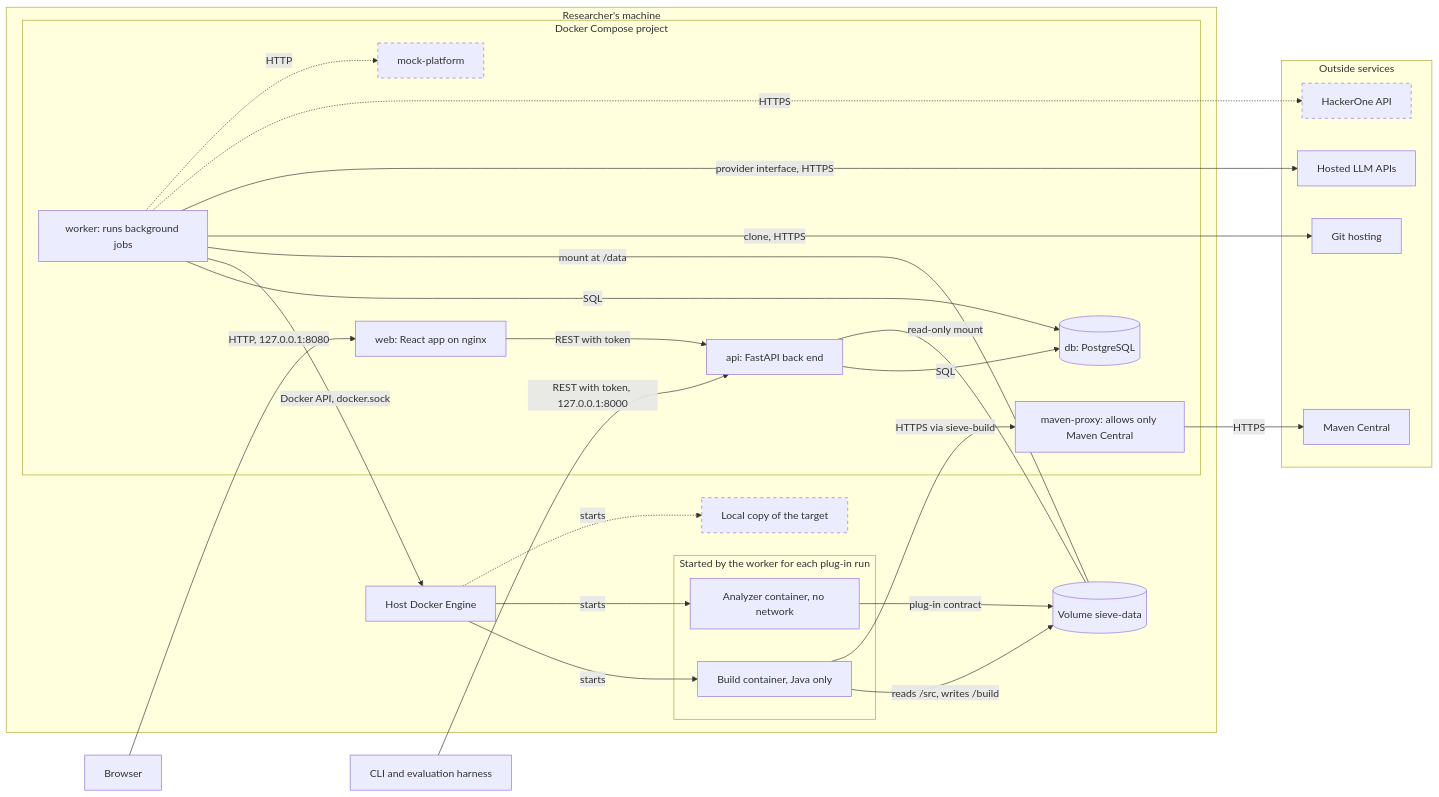
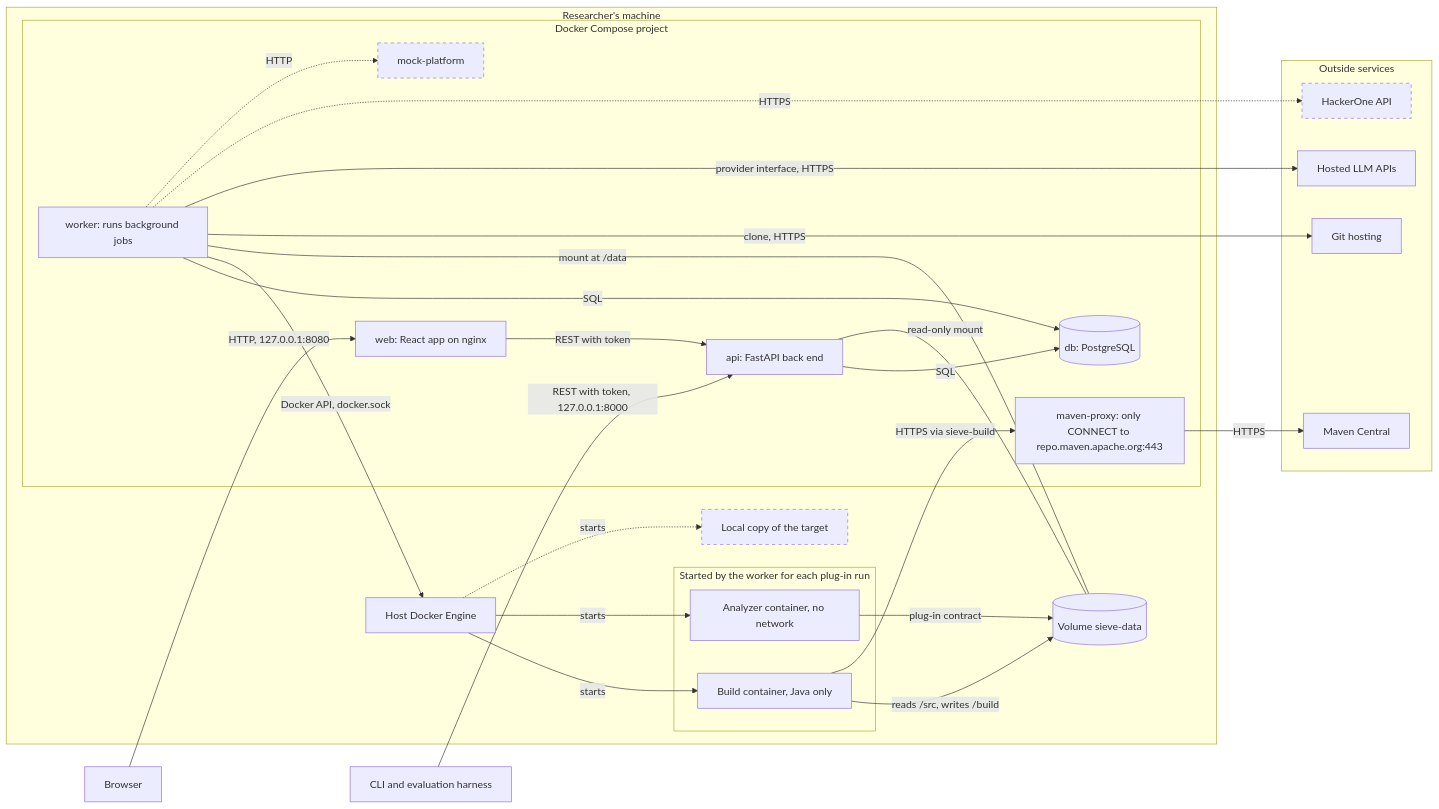
The second of 2 diagrams in docs/architecture.md (sieve-ku-comp491/sieve), drawn with Mermaid before and after one commit. The commit also changed other lines of this file and 3 other files, not shown here.

````diff
--- a/docs/architecture.md
+++ b/docs/architecture.md
@@ -77,53 +77,53 @@
 ```mermaid
 flowchart LR
   browser[Browser]
   cli[CLI and evaluation harness]
 
   subgraph host [Researcher's machine]
     subgraph compose [Docker Compose project]
       web["web: React app on nginx"]
       api["api: FastAPI back end"]
       db[("db: PostgreSQL")]
       worker["worker: runs background jobs"]
-      proxy["maven-proxy: allows only Maven Central"]
+      proxy["maven-proxy: only CONNECT to repo.maven.apache.org:443"]
       mock[mock-platform]
     end
     docker[Host Docker Engine]
     data[("Volume sieve-data")]
     subgraph perrun [Started by the worker for each plug-in run]
       build["Build container, Java only"]
       analyzer["Analyzer container, no network"]
     end
     target[Local copy of the target]
   end
 
   subgraph outside [Outside services]
     git[Git hosting]
     maven[Maven Central]
     llm[Hosted LLM APIs]
     h1[HackerOne API]
   end
 
   browser -->|HTTP, 127.0.0.1:8080| web
   web -->|REST with token| api
   cli -->|REST with token, 127.0.0.1:8000| api
   api -->|SQL| db
   worker -->|SQL| db
   api ---|read-only mount| data
   worker -->|Docker API, docker.sock| docker
   docker -->|starts| build
   docker -->|starts| analyzer
   worker ---|mount at /data| data
   build -->|reads /src, writes /build| data
   analyzer -->|plug-in contract| data
   build -->|HTTPS via sieve-build| proxy
   proxy -->|HTTPS| maven
   worker -->|clone, HTTPS| git
   worker -->|provider interface, HTTPS| llm
   worker -.->|HTTPS| h1
   worker -.->|HTTP| mock
   docker -.->|starts| target
 
   classDef stretch stroke-dasharray: 5 5
   class mock,target,h1 stretch
 ```
````
